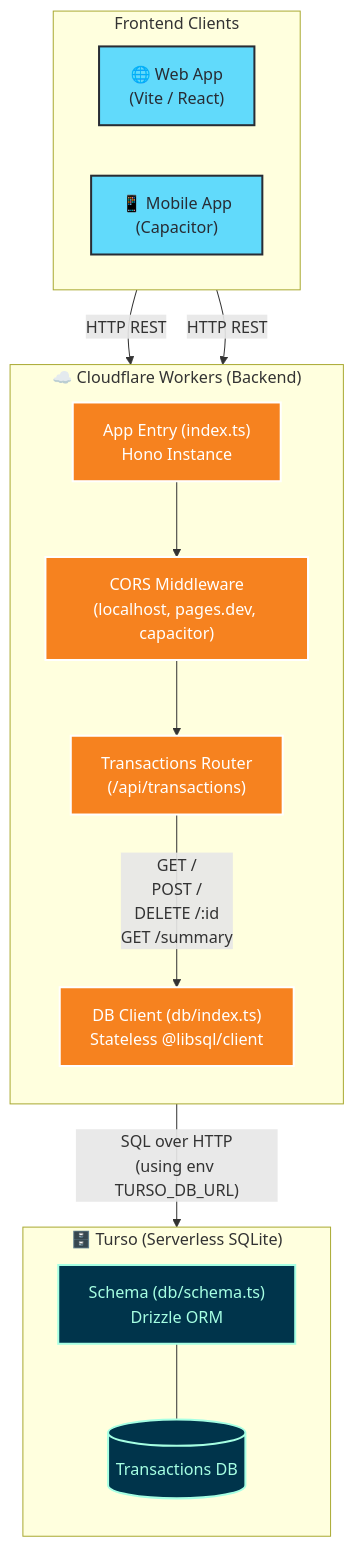
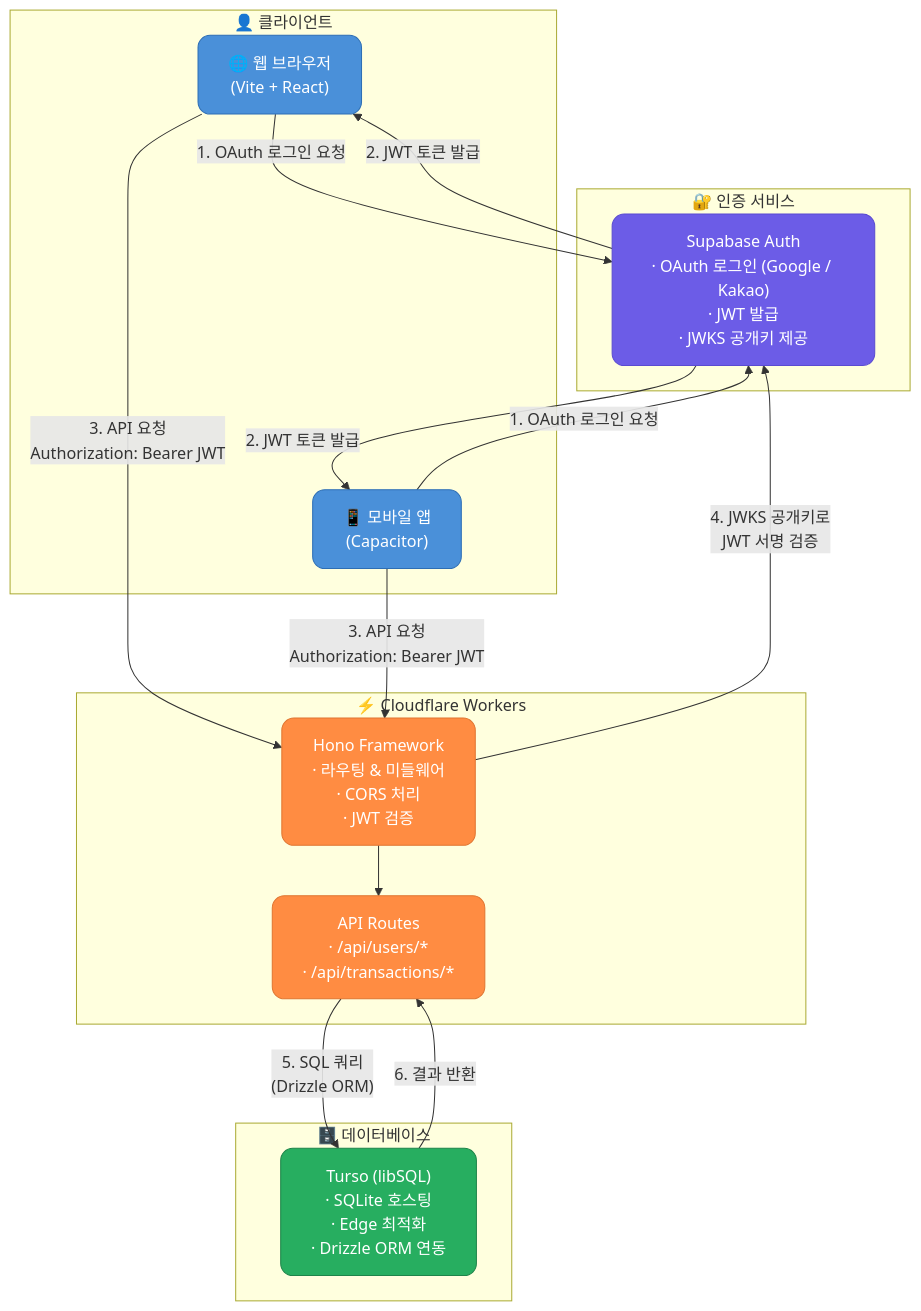
Before and after one commit to newsupernova0617/FastSaaS02_Track01_1: the first of 3 diagrams in docs/backend_architecture.md, drawn with Mermaid. The commit also changed other lines of this file, not shown here.

````diff
--- a/docs/backend_architecture.md
+++ b/docs/backend_architecture.md
@@ -5,36 +10,44 @@
 ```mermaid
-graph TD
-    classDef cf fill:#f6821f,stroke:#fff,stroke-width:2px,color:#fff;
-    classDef turso fill:#00344b,stroke:#a6ffe3,stroke-width:2px,color:#a6ffe3;
-    classDef client fill:#61dafb,stroke:#282c34,stroke-width:2px,color:#282c34;
-
-    subgraph Clients["Frontend Clients"]
-        direction LR
-        Web["🌐 Web App<br/>(Vite / React)"]:::client
-        Mobile["📱 Mobile App<br/>(Capacitor)"]:::client
+graph TB
+    subgraph Client["👤 클라이언트"]
+        Web["🌐 웹 브라우저<br/>(Vite + React)"]
+        Mobile["📱 모바일 앱<br/>(Capacitor)"]
     end
 
-    subgraph CFWorkers["☁️ Cloudflare Workers (Backend)"]
-        direction TB
-        App["App Entry (index.ts)<br/>Hono Instance"]:::cf
-        CORS["CORS Middleware<br/>(localhost, pages.dev, capacitor)"]:::cf
-        Router["Transactions Router<br/>(/api/transactions)"]:::cf
-        DBClient["DB Client (db/index.ts)<br/>Stateless @libsql/client"]:::cf
-        
-        App --> CORS
-        CORS --> Router
-        Router --> |"GET /<br/>POST /<br/>DELETE /:id<br/>GET /summary"| DBClient
+    subgraph Auth["🔐 인증 서비스"]
+        Supabase["Supabase Auth<br/>· OAuth 로그인 (Google / Kakao)<br/>· JWT 발급<br/>· JWKS 공개키 제공"]
     end
 
-    subgraph Turso["🗄️ Turso (Serverless SQLite)"]
-        direction TB
-        SQLite[("Transactions DB")]:::turso
-        Schema["Schema (db/schema.ts)<br/>Drizzle ORM"]:::turso
-        
-        Schema --- SQLite
+    subgraph Edge["⚡ Cloudflare Workers"]
+        Hono["Hono Framework<br/>· 라우팅 & 미들웨어<br/>· CORS 처리<br/>· JWT 검증"]
+        Routes["API Routes<br/>· /api/users/*<br/>· /api/transactions/*"]
     end
 
-    Web -- "HTTP REST" --> App
-    Mobile -- "HTTP REST" --> App
-    DBClient -- "SQL over HTTP<br/>(using env TURSO_DB_URL)" --> SQLite
+    subgraph DB["🗄️ 데이터베이스"]
+        Turso["Turso (libSQL)<br/>· SQLite 호스팅<br/>· Edge 최적화<br/>· Drizzle ORM 연동"]
+    end
+
+    Web  -- "1. OAuth 로그인 요청" --> Supabase
+    Mobile -- "1. OAuth 로그인 요청" --> Supabase
+    Supabase -- "2. JWT 토큰 발급" --> Web
+    Supabase -- "2. JWT 토큰 발급" --> Mobile
+
+    Web -- "3. API 요청<br/>Authorization: Bearer JWT" --> Hono
+    Mobile -- "3. API 요청<br/>Authorization: Bearer JWT" --> Hono
+
+    Hono -- "4. JWKS 공개키로<br/>JWT 서명 검증" --> Supabase
+    Hono --> Routes
+    Routes -- "5. SQL 쿼리<br/>(Drizzle ORM)" --> Turso
+    Turso -- "6. 결과 반환" --> Routes
+
+    %% 스타일
+    classDef client fill:#4A90D9,stroke:#2D6EB5,color:#fff,rx:12px;
+    classDef auth fill:#6C5CE7,stroke:#5A4BD1,color:#fff,rx:12px;
+    classDef edge fill:#FF8C42,stroke:#E07530,color:#fff,rx:12px;
+    classDef db fill:#27AE60,stroke:#1E8449,color:#fff,rx:12px;
+
+    class Web,Mobile client;
+    class Supabase auth;
+    class Hono,Routes edge;
+    class Turso db;
 ```
````
